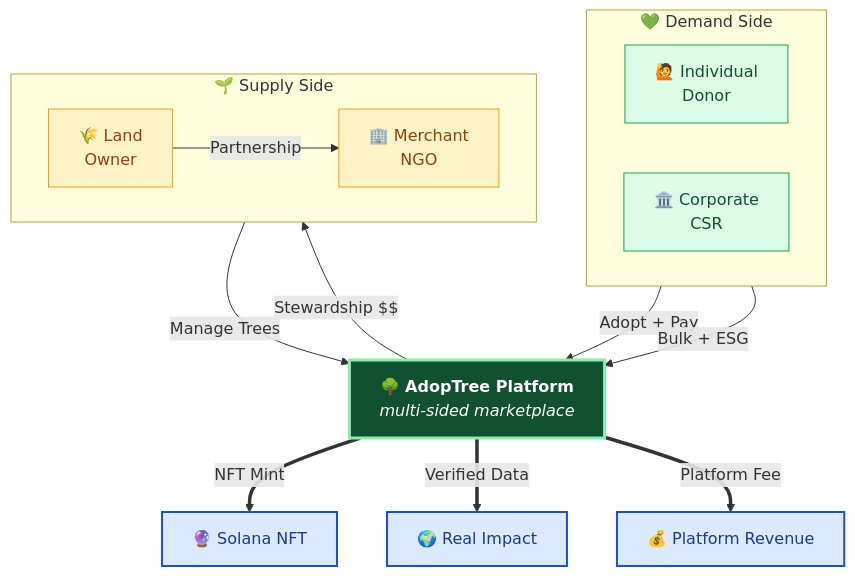
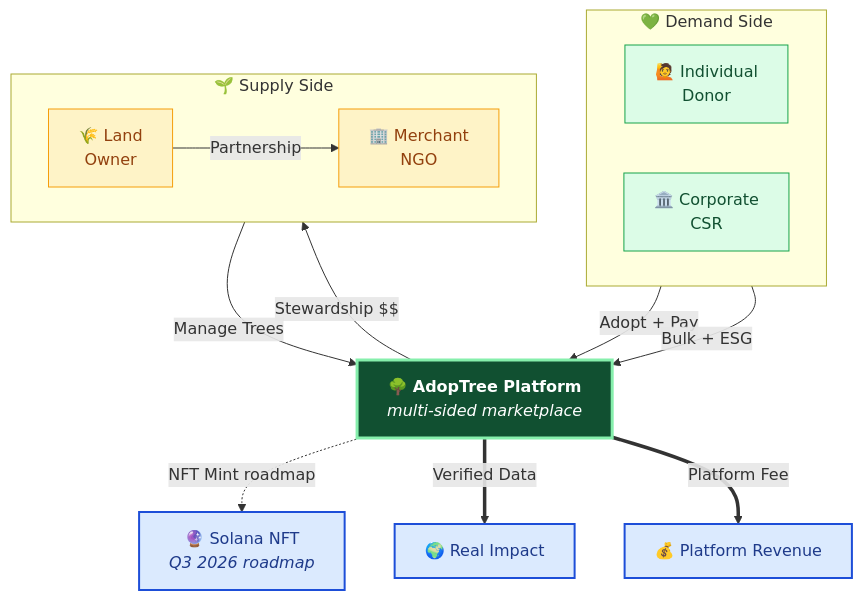
Before and after one commit to ajarka/public-documentation: the second of 10 diagrams in AdopTreeWorld/prd/PRD-AdopTree-Investor.md, drawn with Mermaid. The commit also changed other lines of this file, not shown here.

Commit message:
feat: update PRD for Investor Edition to v2.3 with new highlights and roadmap details

````diff
--- a/AdopTreeWorld/prd/PRD-AdopTree-Investor.md
+++ b/AdopTreeWorld/prd/PRD-AdopTree-Investor.md
@@ -310,38 +312,38 @@
 ```mermaid
 flowchart TB
     subgraph Demand["💚 Demand Side"]
         direction LR
         Donor["🙋 Individual<br/>Donor"]
         Corp["🏛️ Corporate<br/>CSR"]
     end
 
     Platform["🌳 <b>AdopTree Platform</b><br/><i>multi-sided marketplace</i>"]
 
     subgraph Supply["🌱 Supply Side"]
         direction LR
         LandOwner["🌾 Land<br/>Owner"]
         Merchant["🏢 Merchant<br/>NGO"]
     end
 
-    Solana["🔮 Solana NFT"]
+    Solana["🔮 Solana NFT<br/><i>Q3 2026 roadmap</i>"]
     Impact["🌍 Real Impact"]
     Revenue["💰 Platform Revenue"]
 
     Donor -->|Adopt + Pay| Platform
     Corp -->|Bulk + ESG| Platform
     Platform -->|Stewardship $$| Merchant
     Merchant -->|Manage Trees| Platform
     LandOwner -->|Partnership| Merchant
-    Platform ==>|NFT Mint| Solana
+    Platform -.->|NFT Mint roadmap| Solana
     Platform ==>|Verified Data| Impact
     Platform ==>|Platform Fee| Revenue
 
     classDef demand fill:#dcfce7,stroke:#16a34a,color:#115031
     classDef platform fill:#115031,stroke:#86efac,color:#fff,stroke-width:3px
     classDef supply fill:#fef3c7,stroke:#f59e0b,color:#92400e
     classDef outputs fill:#dbeafe,stroke:#1d4ed8,color:#1e3a8a,stroke-width:2px
     class Donor,Corp demand
     class Platform platform
     class LandOwner,Merchant supply
     class Solana,Impact,Revenue outputs
 ```
````
